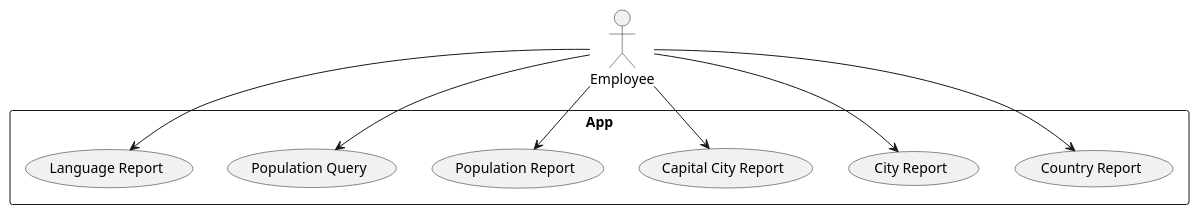
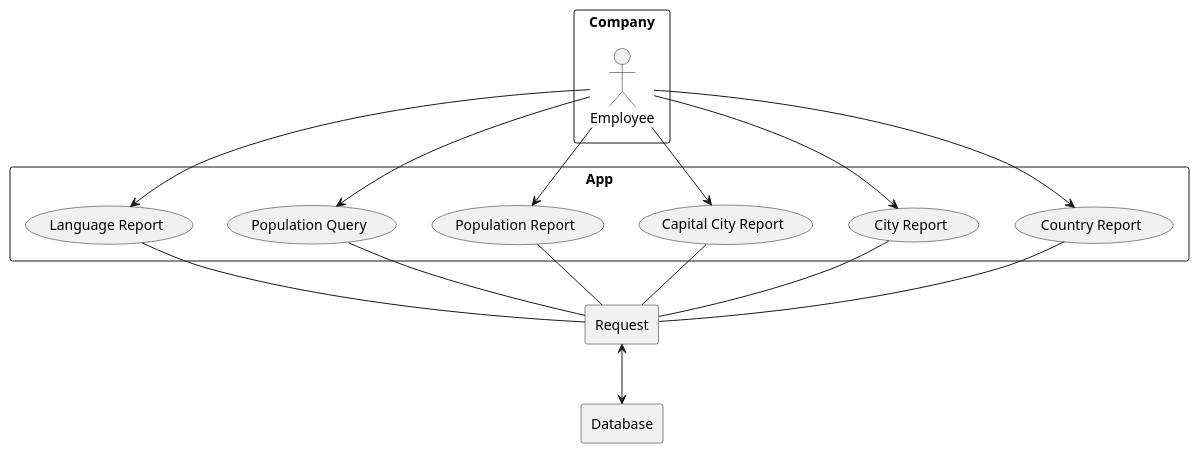
One commit to NapierTeam15CW/SEM_Coursework changed the diagram in use-cases/Use Case Diagram.puml. Above: the diagram before and after it, drawn with PlantUML.

Commit message:
Edited Use case Diagram

```diff
--- a/use-cases/Use Case Diagram.puml
+++ b/use-cases/Use Case Diagram.puml
@@ -1,18 +1,37 @@
 @startuml
 
-actor EMP as "Employee"
-rectangle "App" {
+rectangle "Company"{
+    actor EMP as "Employee"
+}
+
+rectangle AP as "App" {
     usecase UC1 as "Country Report"
     usecase UC2 as "City Report"
     usecase UC3 as "Capital City Report"
     usecase UC4 as "Population Report"
     usecase UC5 as "Population Query"
     usecase UC6 as "Language Report"
     EMP --> UC1
     EMP --> UC2
     EMP --> UC3
     EMP --> UC4
     EMP --> UC5
     EMP --> UC6
 }
+
+rectangle RE as "Request"{
+    UC1 -- RE
+    UC2 -- RE
+    UC3 -- RE
+    UC4 -- RE
+    UC5 -- RE
+    UC6 -- RE
+}
+
+rectangle DB as "Database" {
+    RE <--> DB
+}
+
+
+
 @enduml
```
